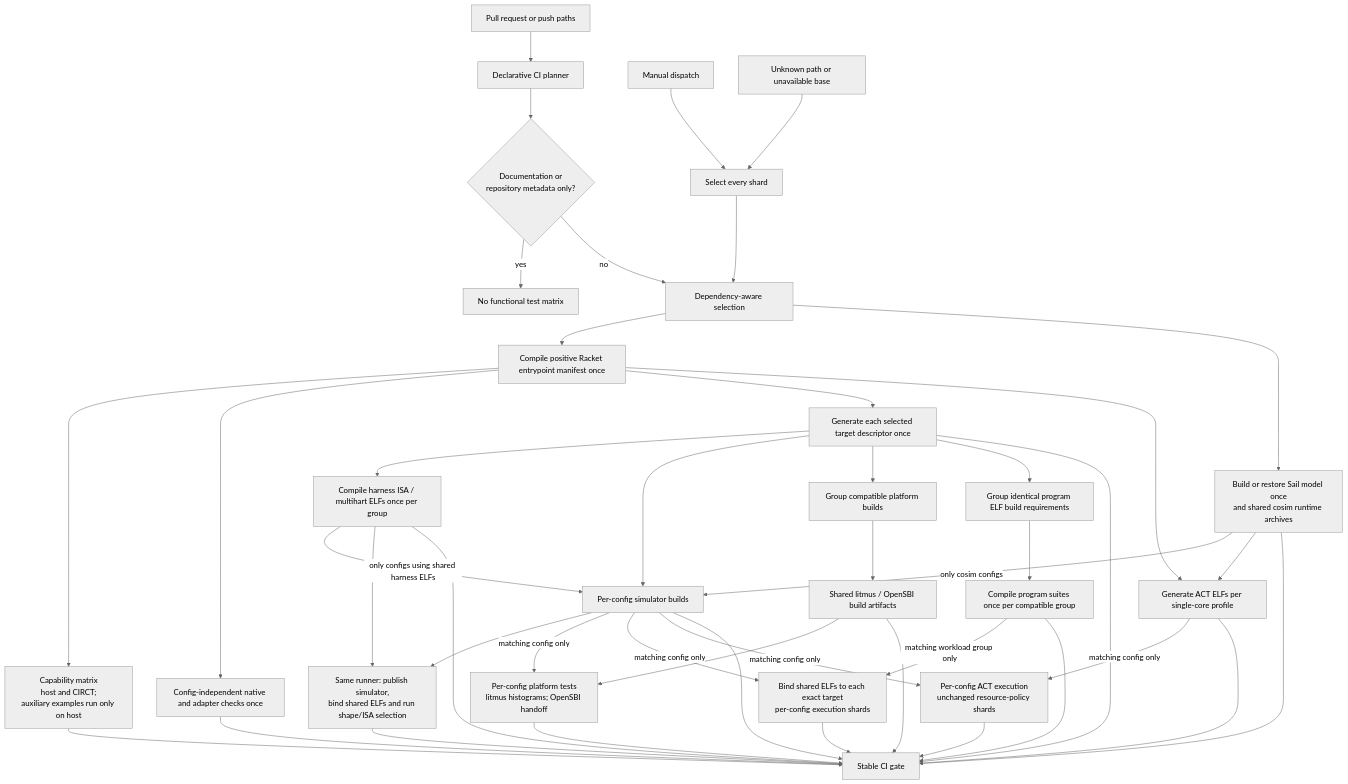
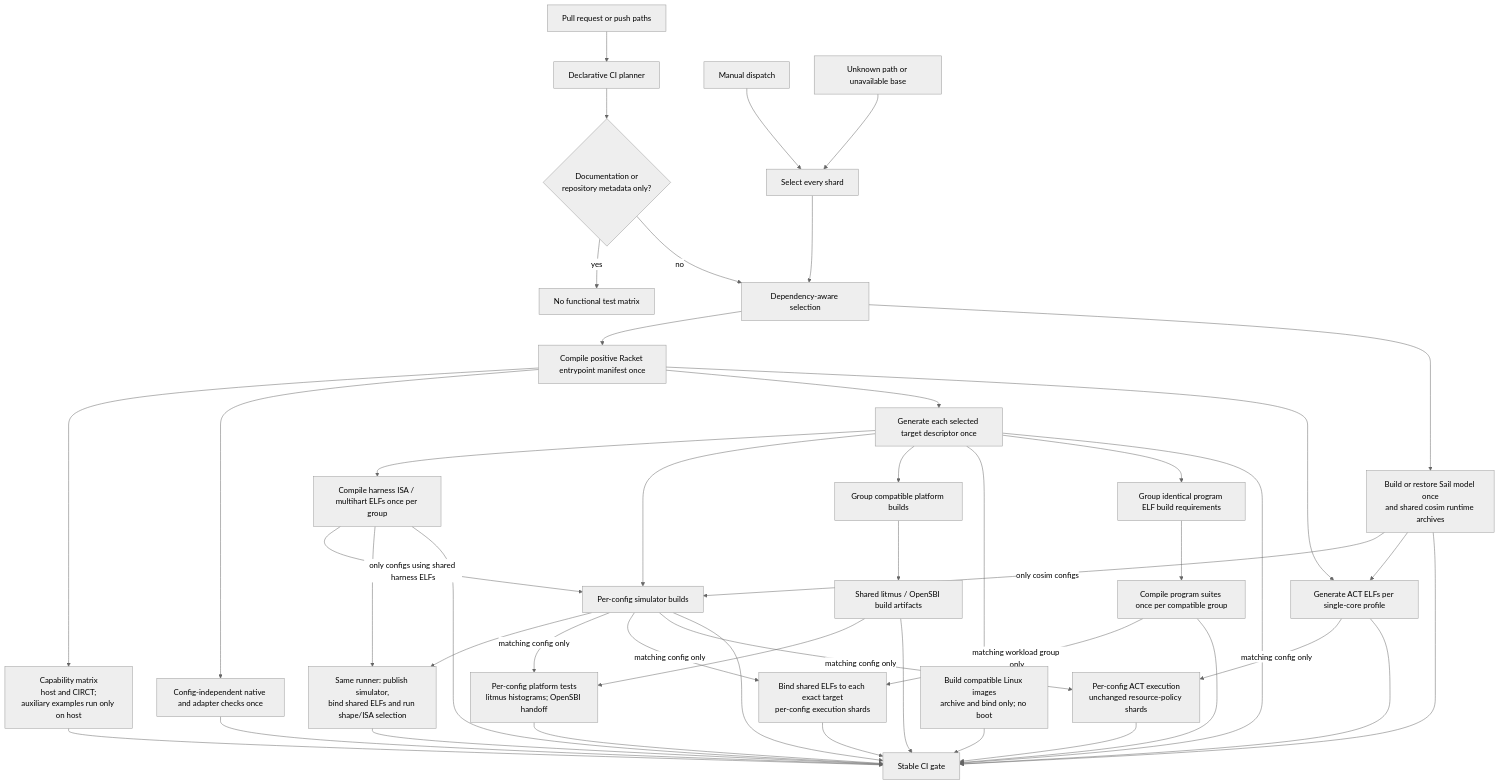
The diagram in tools/testing/DEVELOPING.md (jerryz123/rhodium), drawn with Mermaid (neutral theme) before and after one commit. The commit also changed other lines of this file and 29 other files, not shown here.

Commit message:
buildroot linux image build

````diff
--- a/tools/testing/DEVELOPING.md
+++ b/tools/testing/DEVELOPING.md
@@ -245,46 +266,48 @@
 ```mermaid
 flowchart TD
     Changes["Pull request or push paths"] --> Classifier["Declarative CI planner"]
     Manual["Manual dispatch"] --> All["Select every shard"]
     Unknown["Unknown path or unavailable base"] --> All
     Classifier --> Docs{"Documentation or<br/>repository metadata only?"}
     Docs -->|yes| None["No functional test matrix"]
     Docs -->|no| Selected["Dependency-aware selection"]
     All --> Selected
     Selected --> Compile["Compile positive Racket entrypoint manifest once"]
     Selected --> Sail["Build or restore Sail model once<br/>and shared cosim runtime archives"]
     Compile --> Checks["Capability matrix<br/>host and CIRCT;<br/>auxiliary examples run only on host"]
     Compile --> Native["Config-independent native and adapter checks once"]
     Compile --> Targets["Generate each selected target descriptor once"]
     Targets --> HarnessBuilds["Compile harness ISA / multihart ELFs once per group"]
     Targets --> Simulators["Per-config simulator builds"]
     HarnessBuilds -->|only configs using shared harness ELFs| Simulators
     Sail -->|only cosim configs| Simulators
     Simulators --> Simulation["Same runner: publish simulator,<br/>bind shared ELFs and run shape/ISA selection"]
     HarnessBuilds --> Simulation
     Targets --> PlatformTargets["Group compatible platform builds"]
+    Targets --> LinuxBuilds["Build compatible Linux images<br/>archive and bind only; no boot"]
     PlatformTargets --> PlatformBuilds["Shared litmus / OpenSBI build artifacts"]
     PlatformBuilds --> Platform["Per-config platform tests<br/>litmus histograms; OpenSBI handoff"]
     Simulators -->|matching config only| Platform
     Targets --> ProgramTargets["Group identical program ELF build requirements"]
     ProgramTargets --> ProgramBuilds["Compile program suites once per compatible group"]
     ProgramBuilds -->|matching workload group only| Programs["Bind shared ELFs to each exact target<br/>per-config execution shards"]
     Simulators -->|matching config only| Programs
     Compile --> ActBuild["Generate ACT ELFs per single-core profile"]
     Sail --> ActBuild
     Simulators -->|matching config only| ActRun["Per-config ACT execution<br/>unchanged resource-policy shards"]
     ActBuild -->|matching config only| ActRun
     Checks --> Gate["Stable CI gate"]
     Native --> Gate
     Targets --> Gate
+    LinuxBuilds --> Gate
     HarnessBuilds --> Gate
     Sail --> Gate
     Simulators --> Gate
     Simulation --> Gate
     Platform --> Gate
     PlatformBuilds --> Gate
     ProgramBuilds --> Gate
     Programs --> Gate
     ActBuild --> Gate
     ActRun --> Gate
 ```
````
